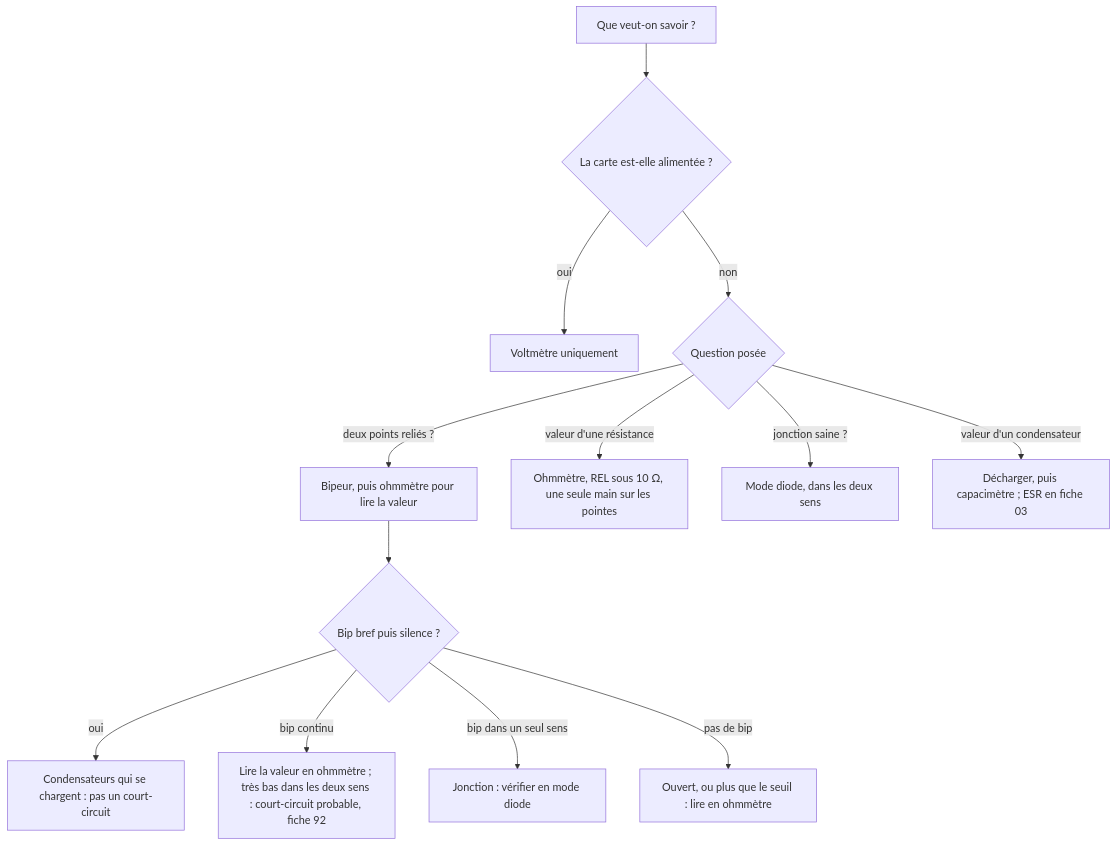
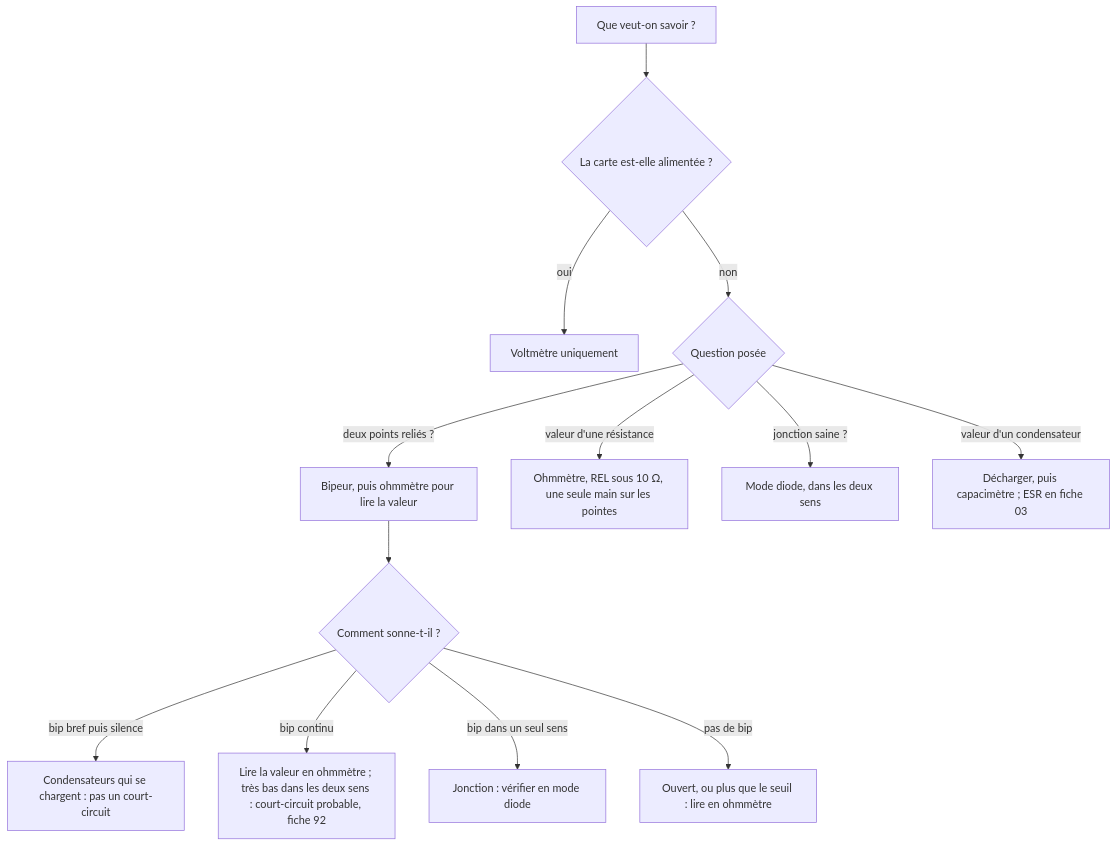
The second of 2 diagrams in troubleshooting/01_multimetre/README.md (benoit-bremaud/ohm-sweet-ohm), drawn with Mermaid before and after one commit. The commit also changed other lines of this file, not shown here.

````diff
--- a/troubleshooting/01_multimetre/README.md
+++ b/troubleshooting/01_multimetre/README.md
@@ -136,15 +136,15 @@
 ```mermaid
 flowchart TD
   A[Que veut-on savoir ?] --> B{La carte est-elle alimentée ?}
   B -- oui --> V[Voltmètre uniquement]
   B -- non --> C{Question posée}
   C -- deux points reliés ? --> D[Bipeur, puis ohmmètre pour lire la valeur]
   C -- valeur d'une résistance --> E[Ohmmètre, REL sous 10 Ω, une seule main sur les pointes]
   C -- jonction saine ? --> F[Mode diode, dans les deux sens]
   C -- valeur d'un condensateur --> G[Décharger, puis capacimètre ; ESR en fiche 03]
-  D --> H{Bip bref puis silence ?}
-  H -- oui --> I[Condensateurs qui se chargent : pas un court-circuit]
+  D --> H{Comment sonne-t-il ?}
+  H -- bip bref puis silence --> I[Condensateurs qui se chargent : pas un court-circuit]
   H -- bip continu --> J[Lire la valeur en ohmmètre ; très bas dans les deux sens : court-circuit probable, fiche 92]
   H -- bip dans un seul sens --> L[Jonction : vérifier en mode diode]
   H -- pas de bip --> K[Ouvert, ou plus que le seuil : lire en ohmmètre]
 ```
````
